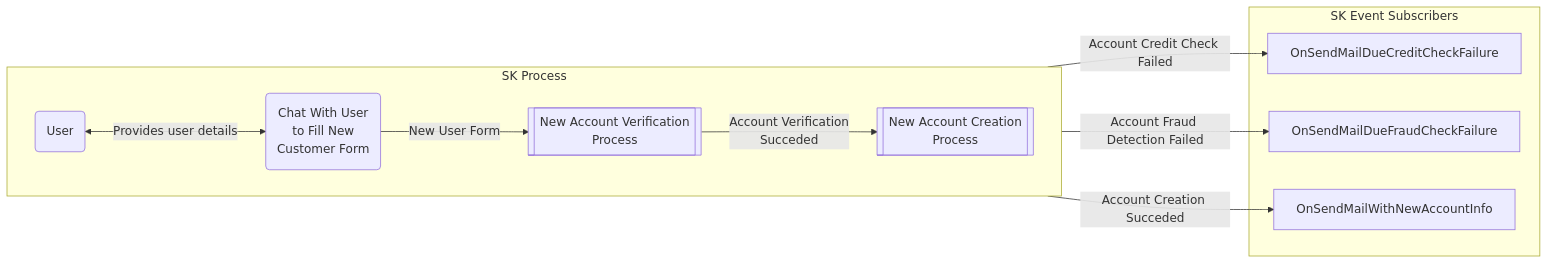
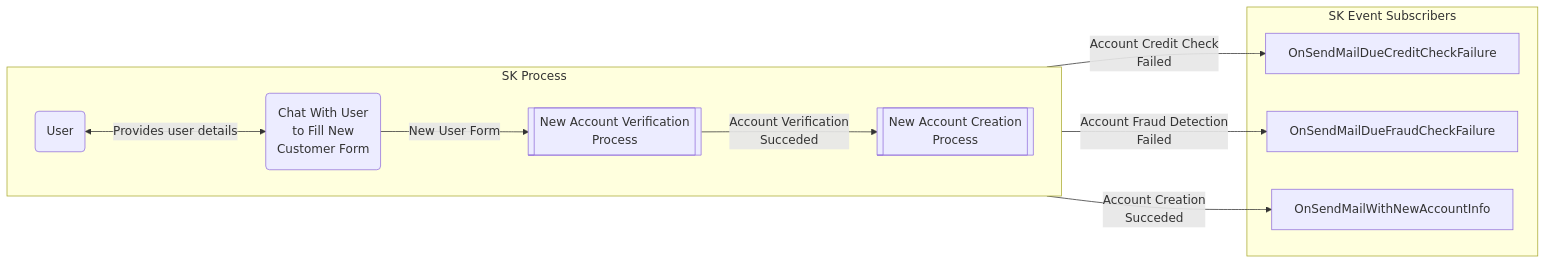
The sixth of 14 diagrams in dotnet/samples/GettingStartedWithProcesses/README.md (microsoft/semantic-kernel), drawn with Mermaid before and after one commit. The commit also changed other lines of this file, not shown here.

Commit message:
updating readme mermaid graphs to not cut off

````diff
--- a/dotnet/samples/GettingStartedWithProcesses/README.md
+++ b/dotnet/samples/GettingStartedWithProcesses/README.md
@@ -189,24 +189,24 @@
 ```mermaid
 graph LR
     subgraph EventSubscribers[SK Event Subscribers]
         OnSendMailDueCreditCheckFailure
         OnSendMailDueFraudCheckFailure
         OnSendMailWithNewAccountInfo
     end
 
     subgraph Process[SK Process]
         direction LR
         User(User)
         FillForm(Chat With User <br/> to Fill New <br/> Customer Form)
         NewAccountVerification[[New Account Verification<br/> Process]]
         NewAccountCreation[[New Account Creation<br/> Process]]
 
         User<-->|Provides user details|FillForm
         FillForm-->|New User Form|NewAccountVerification-->|Account Verification <br/> Succeded|NewAccountCreation
     end
 
-    NewAccountVerification-->|Account Credit Check Failed|OnSendMailDueCreditCheckFailure
-    NewAccountVerification-->|Account Fraud Detection Failed|OnSendMailDueFraudCheckFailure
-    NewAccountCreation-->|Account Creation Succeded|OnSendMailWithNewAccountInfo
+    NewAccountVerification-->|Account Credit Check <br/> Failed|OnSendMailDueCreditCheckFailure
+    NewAccountVerification-->|Account Fraud Detection<br/> Failed|OnSendMailDueFraudCheckFailure
+    NewAccountCreation-->|Account Creation<br/> Succeded|OnSendMailWithNewAccountInfo
 
 ```
````
